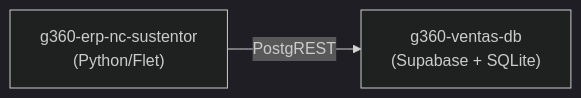
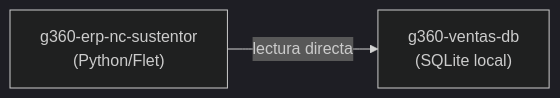
Before and after one commit to carloscus/g360-ventas-db: the third of 3 diagrams in README.md, drawn with Mermaid (dark theme). The commit also changed other lines of this file and 59 other files, not shown here.

````diff
--- a/README.md
+++ b/README.md
@@ -448,6 +583,6 @@
 ```mermaid
 flowchart LR
-    DB["g360-ventas-db<br/>(Supabase + SQLite)"]
+    DB["g360-ventas-db<br/>(SQLite local)"]
     NC["g360-erp-nc-sustentor<br/>(Python/Flet)"]
-    NC -->|PostgREST| DB
+    NC -->|lectura directa| DB
 ```
````
